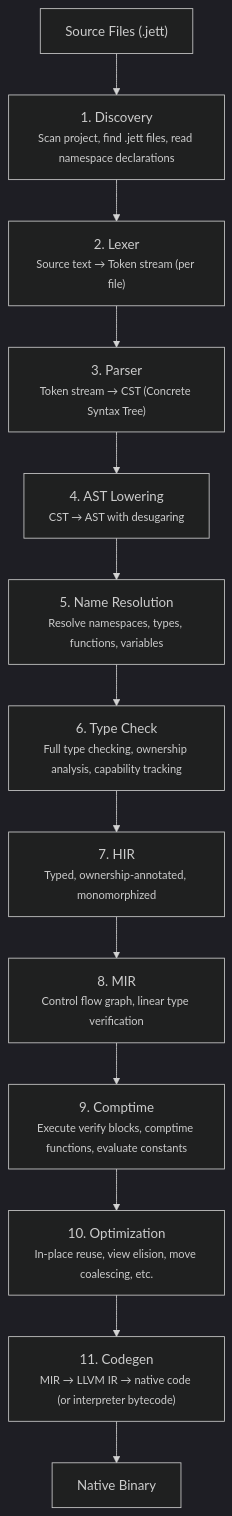
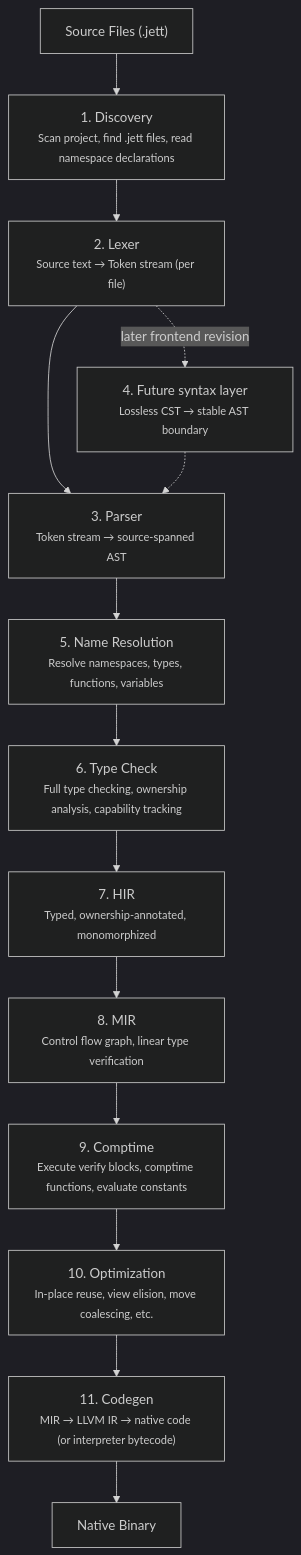
Before and after one commit to vycdev/jett: the first of 4 diagrams in docs/architecture.md, drawn with Mermaid (dark theme). The commit also changed other lines of this file and 4 other files, not shown here.

First line of the commit message:
docs: record staged CST frontend decision (#136)

````diff
--- a/docs/architecture.md
+++ b/docs/architecture.md
@@ -16,18 +16,19 @@
 ```mermaid
 flowchart TD
     SRC["Source Files (.jett)"]
     P1["1. Discovery<br/><small>Scan project, find .jett files, read namespace declarations</small>"]
     P2["2. Lexer<br/><small>Source text → Token stream (per file)</small>"]
-    P3["3. Parser<br/><small>Token stream → CST (Concrete Syntax Tree)</small>"]
-    P4["4. AST Lowering<br/><small>CST → AST with desugaring</small>"]
+    P3["3. Parser<br/><small>Token stream → source-spanned AST</small>"]
+    P4["4. Future syntax layer<br/><small>Lossless CST → stable AST boundary</small>"]
     P5["5. Name Resolution<br/><small>Resolve namespaces, types, functions, variables</small>"]
     P6["6. Type Check<br/><small>Full type checking, ownership analysis, capability tracking</small>"]
     P7["7. HIR<br/><small>Typed, ownership-annotated, monomorphized</small>"]
     P8["8. MIR<br/><small>Control flow graph, linear type verification</small>"]
     P9["9. Comptime<br/><small>Execute verify blocks, comptime functions, evaluate constants</small>"]
     P10["10. Optimization<br/><small>In-place reuse, view elision, move coalescing, etc.</small>"]
     P11["11. Codegen<br/><small>MIR → LLVM IR → native code (or interpreter bytecode)</small>"]
     BIN["Native Binary"]
 
-    SRC --> P1 --> P2 --> P3 --> P4 --> P5 --> P6 --> P7 --> P8 --> P9 --> P10 --> P11 --> BIN
+    SRC --> P1 --> P2 --> P3 --> P5 --> P6 --> P7 --> P8 --> P9 --> P10 --> P11 --> BIN
+    P2 -. "later frontend revision" .-> P4 -.-> P3
 ```
````
